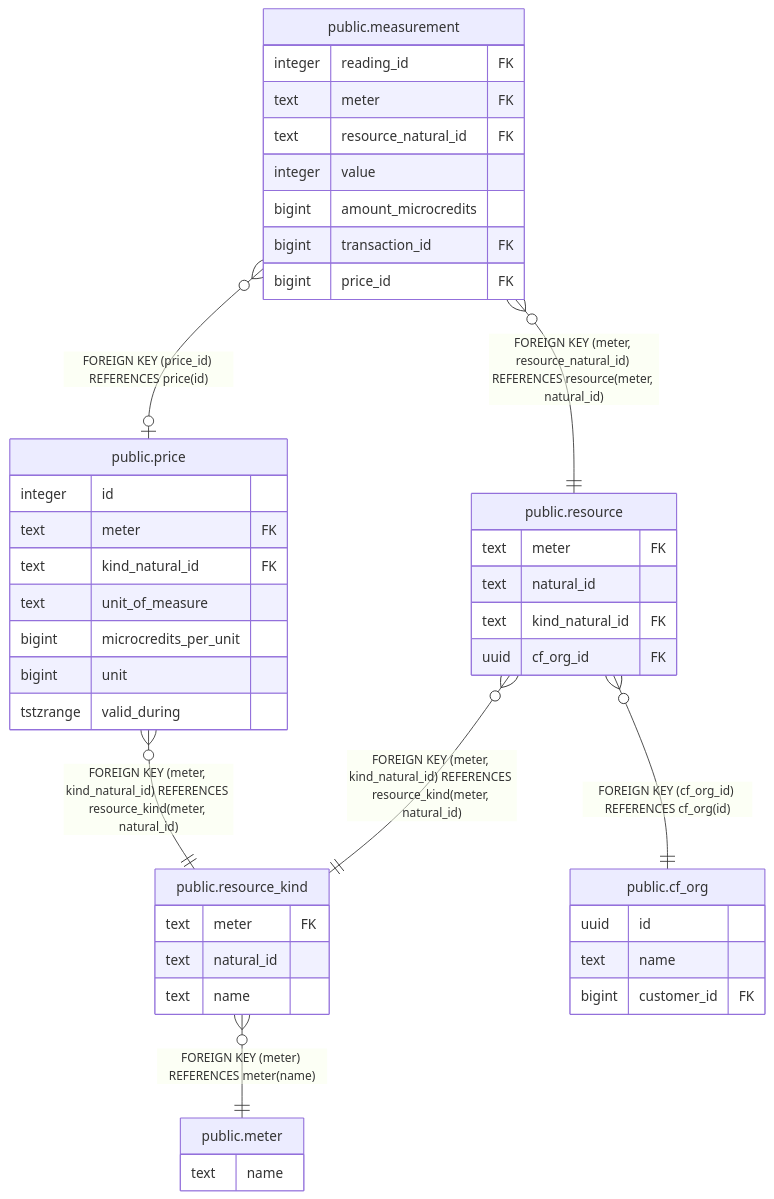
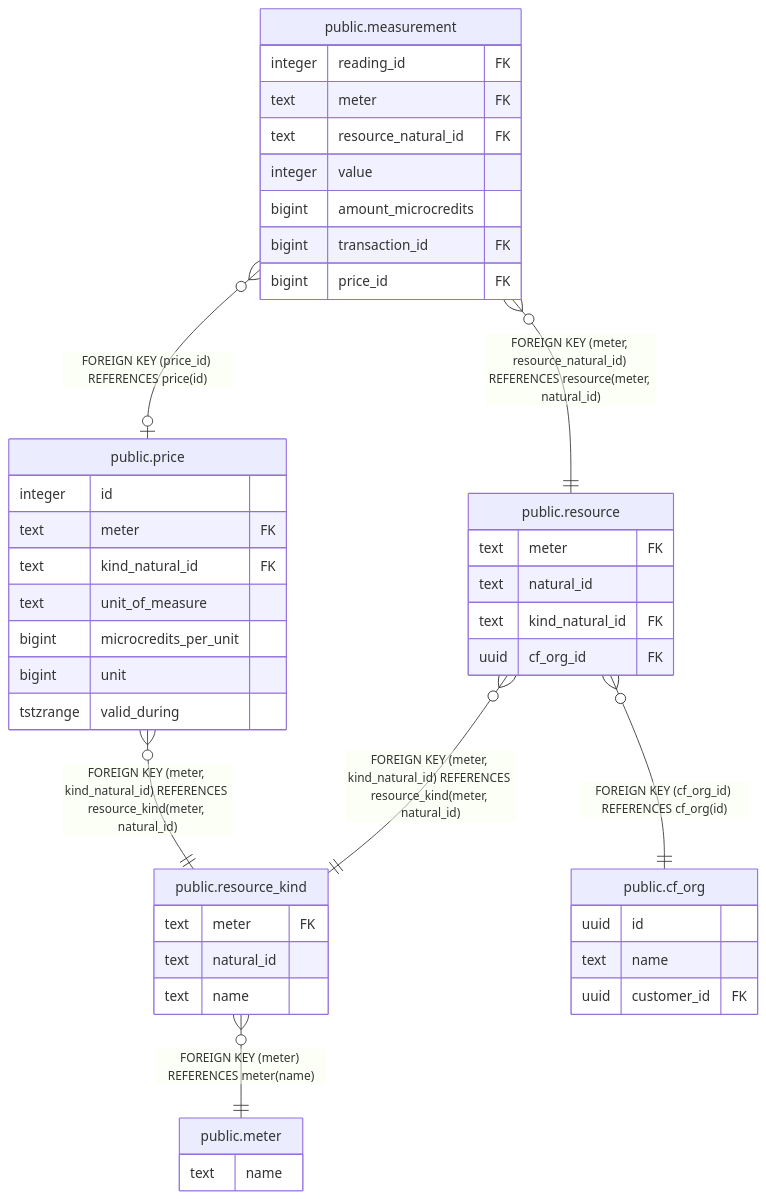
The diagram in docs/db-schema/public.resource_kind.md (cloud-gov/billing), drawn with Mermaid before and after one commit. The commit also changed 15 other files, not shown here.

````diff
--- a/docs/db-schema/public.resource_kind.md
+++ b/docs/db-schema/public.resource_kind.md
@@ -31,48 +31,48 @@
 ```mermaid
 erDiagram
 
 "public.resource_kind" }o--|| "public.meter" : "FOREIGN KEY (meter) REFERENCES meter(name)"
 "public.resource" }o--|| "public.resource_kind" : "FOREIGN KEY (meter, kind_natural_id) REFERENCES resource_kind(meter, natural_id)"
 "public.measurement" }o--|| "public.resource" : "FOREIGN KEY (meter, resource_natural_id) REFERENCES resource(meter, natural_id)"
 "public.resource" }o--|| "public.cf_org" : "FOREIGN KEY (cf_org_id) REFERENCES cf_org(id)"
 "public.price" }o--|| "public.resource_kind" : "FOREIGN KEY (meter, kind_natural_id) REFERENCES resource_kind(meter, natural_id)"
 "public.measurement" }o--o| "public.price" : "FOREIGN KEY (price_id) REFERENCES price(id)"
 
 "public.resource_kind" {
   text meter FK
   text natural_id
   text name
 }
 "public.meter" {
   text name
 }
 "public.resource" {
   text meter FK
   text natural_id
   text kind_natural_id FK
   uuid cf_org_id FK
 }
 "public.measurement" {
   integer reading_id FK
   text meter FK
   text resource_natural_id FK
   integer value
   bigint amount_microcredits
   bigint transaction_id FK
   bigint price_id FK
 }
 "public.cf_org" {
   uuid id
   text name
-  bigint customer_id FK
+  uuid customer_id FK
 }
 "public.price" {
   integer id
   text meter FK
   text kind_natural_id FK
   text unit_of_measure
   bigint microcredits_per_unit
   bigint unit
   tstzrange valid_during
 }
 ```
````
